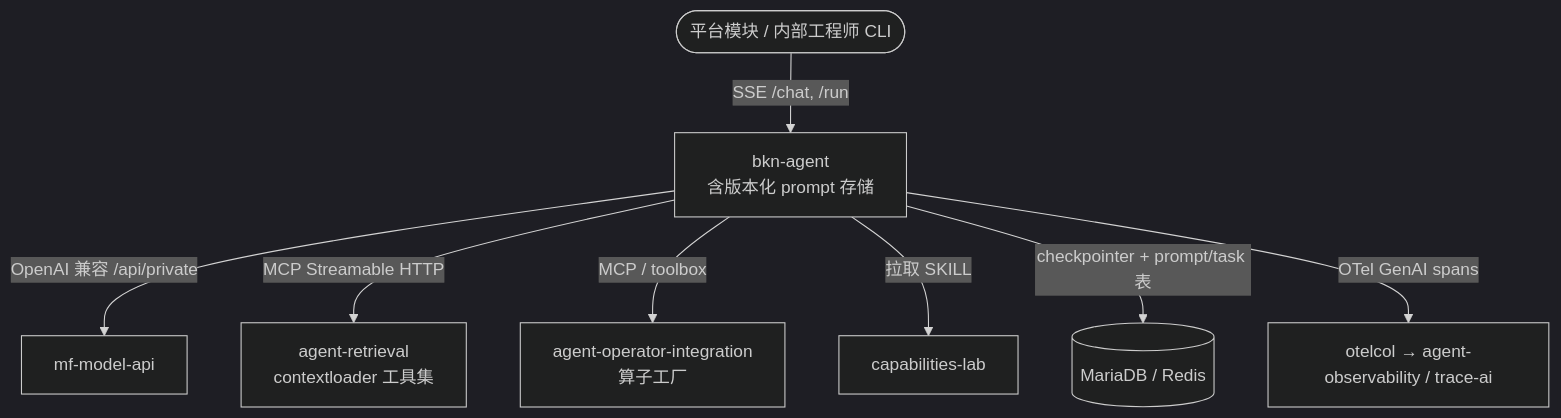
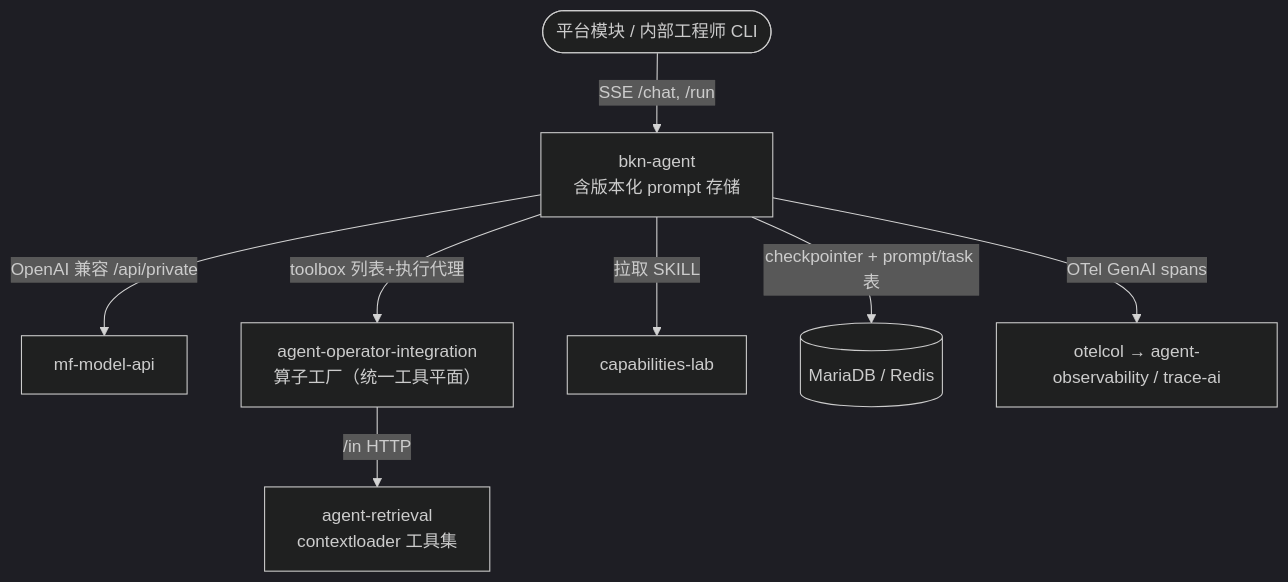
One commit to openbkn-ai/bkn-foundry changed the diagram in docs/design/bkn-agent/features/202-bkn-agent.md. Above: the diagram before and after it, drawn with Mermaid (dark theme). The commit also changed other lines of this file and 12 other files, not shown here.

````diff
--- a/docs/design/bkn-agent/features/202-bkn-agent.md
+++ b/docs/design/bkn-agent/features/202-bkn-agent.md
@@ -33,10 +33,10 @@
 ```mermaid
 graph TB
     Caller([平台模块 / 内部工程师 CLI]) -->|SSE /chat, /run| RT[bkn-agent<br/>含版本化 prompt 存储]
     RT -->|OpenAI 兼容 /api/private| MF[mf-model-api]
-    RT -->|MCP Streamable HTTP| AR[agent-retrieval<br/>contextloader 工具集]
-    RT -->|MCP / toolbox| OI[agent-operator-integration<br/>算子工厂]
+    RT -->|toolbox 列表+执行代理| OI[agent-operator-integration<br/>算子工厂（统一工具平面）]
+    OI -->|/in HTTP| AR[agent-retrieval<br/>contextloader 工具集]
     RT -->|拉取 SKILL| CL[capabilities-lab]
     RT -->|checkpointer + prompt/task 表| DB[(MariaDB / Redis)]
     RT -->|OTel GenAI spans| OTEL[otelcol → agent-observability / trace-ai]
 ```
````
